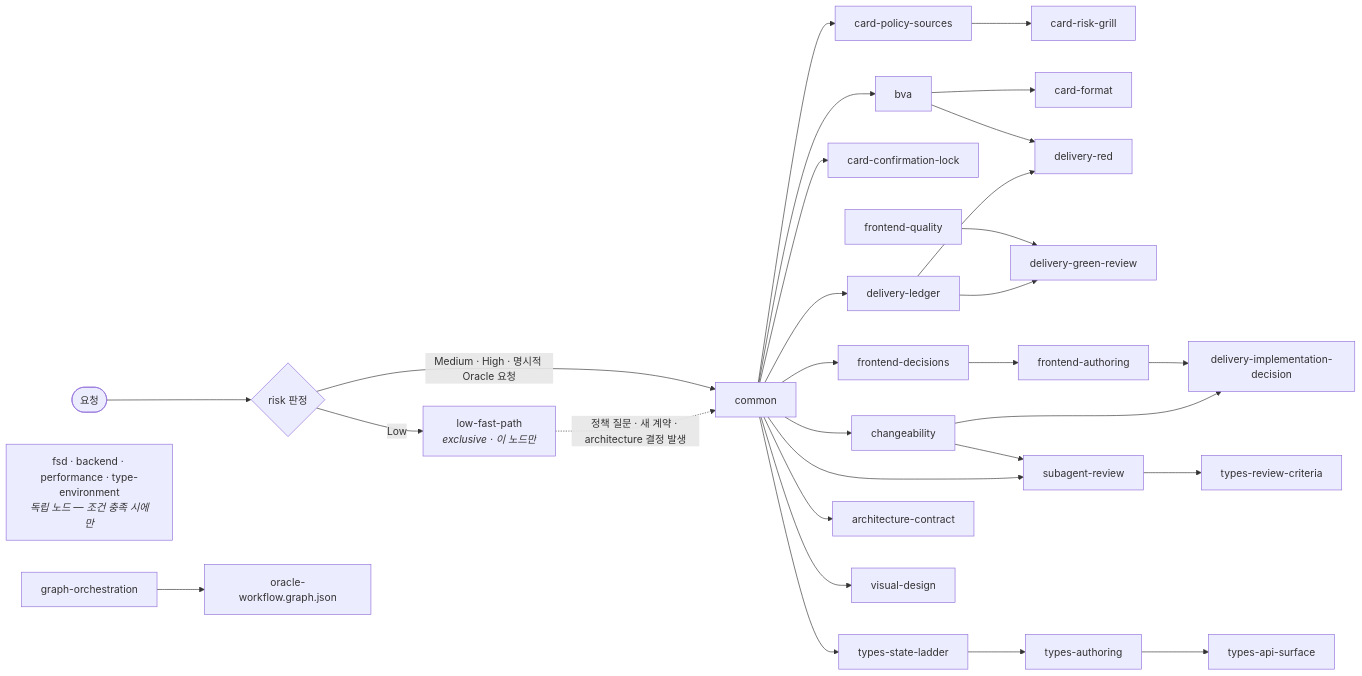
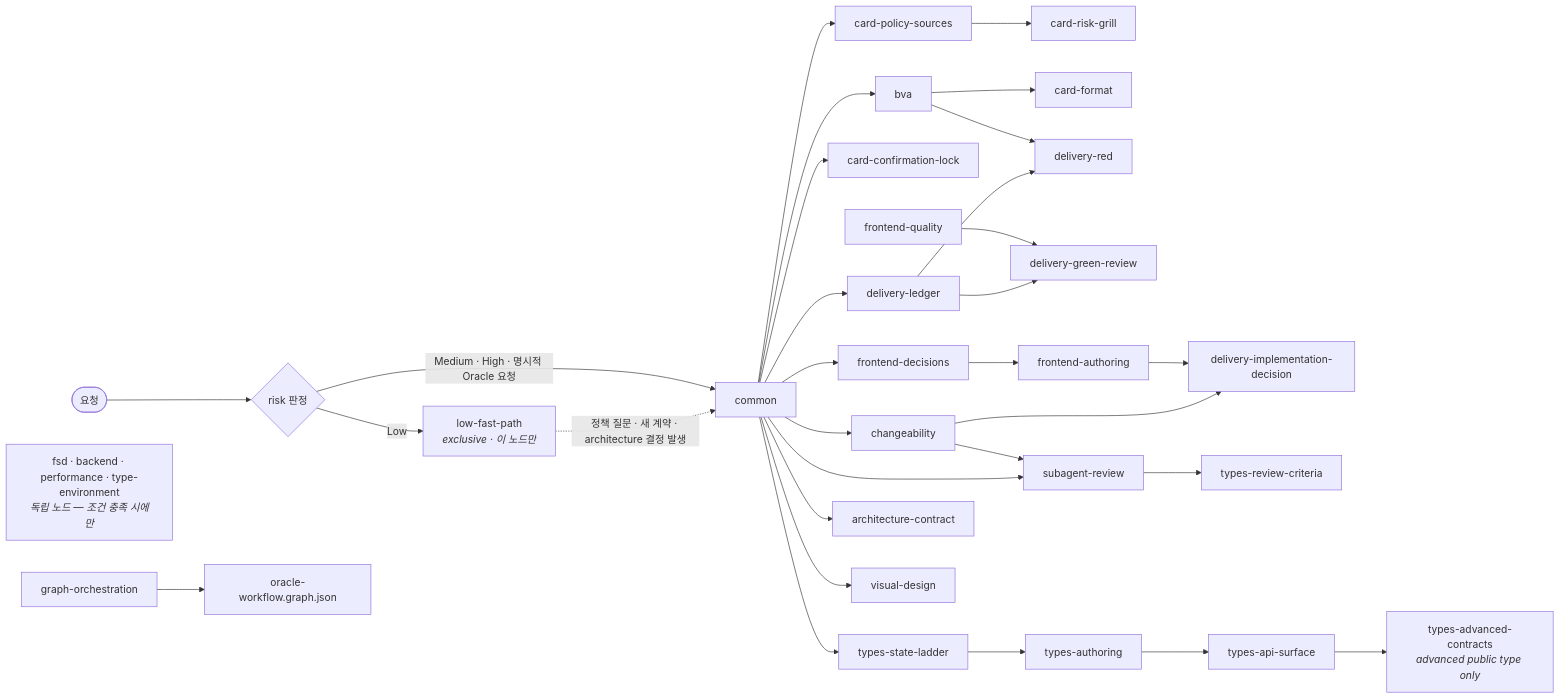
Before and after one commit to lodado/shareds: the third of 3 diagrams in packages/frontend-oracle-design/skills/README.md, drawn with Mermaid. The commit also changed other lines of this file and 16 other files, not shown here.

Commit message:
feat(frontend-oracle-design): add advanced TypeScript contracts

````diff
--- a/packages/frontend-oracle-design/skills/README.md
+++ b/packages/frontend-oracle-design/skills/README.md
@@ -111,27 +111,27 @@
 ```mermaid
 flowchart LR
   START(["요청"]) --> RISK{"risk 판정"}
   RISK -->|"Low"| LFP["low-fast-path<br/><i>exclusive · 이 노드만</i>"]
   LFP -.->|"정책 질문 · 새 계약 · architecture 결정 발생"| COMMON
   RISK -->|"Medium · High · 명시적 Oracle 요청"| COMMON["common"]
 
   COMMON --> CPS["card-policy-sources"] --> CRG["card-risk-grill"]
   COMMON --> BVA["bva"] --> CF["card-format"]
   COMMON --> CCL["card-confirmation-lock"]
   COMMON --> DL["delivery-ledger"]
   DL --> DR["delivery-red"]
   BVA --> DR
   DL --> DGR["delivery-green-review"]
   COMMON --> CH["changeability"]
   COMMON --> FD["frontend-decisions"] --> FA["frontend-authoring"]
   FQ["frontend-quality"] --> DGR
   CH --> DID["delivery-implementation-decision"]
   FA --> DID
   COMMON --> SR2["subagent-review"] --> TRC["types-review-criteria"]
   CH --> SR2
-  COMMON --> TSL["types-state-ladder"] --> TA["types-authoring"] --> TAS["types-api-surface"]
+  COMMON --> TSL["types-state-ladder"] --> TA["types-authoring"] --> TAS["types-api-surface"] --> TAC["types-advanced-contracts<br/><i>advanced public type only</i>"]
   COMMON --> AC["architecture-contract"]
   COMMON --> VD["visual-design"]
   IND["fsd · backend · performance · type-environment<br/><i>독립 노드 — 조건 충족 시에만</i>"]
   GO["graph-orchestration"] --> OWG["oracle-workflow.graph.json"]
 ```
````
